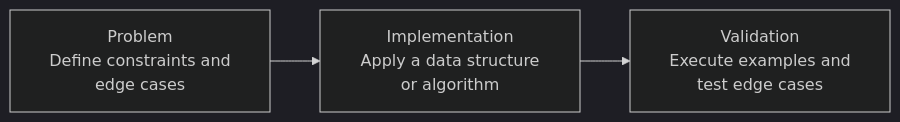
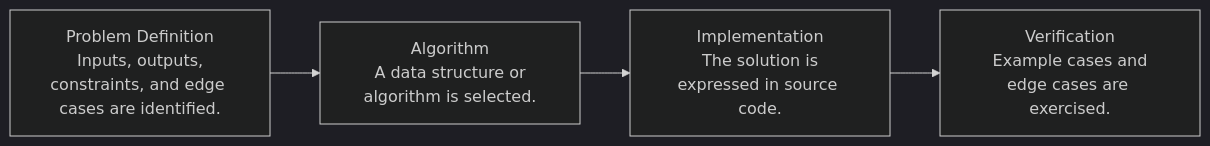
One commit to Kanishq10/Leetcode_POTD changed the diagram in README.md. Above: the diagram before and after it, drawn with Mermaid (dark theme). The commit also changed other lines of this file, not shown here.

````diff
--- a/README.md
+++ b/README.md
@@ -15,8 +24,10 @@
 ```mermaid
 flowchart LR
-    N0["Problem<br/> Define constraints and edge cases"]
-    N1["Implementation<br/> Apply a data structure or algorithm"]
+    N0["Problem Definition<br/> Inputs, outputs, constraints, and edge cases are identified."]
+    N1["Algorithm<br/> A data structure or algorithm is selected."]
+    N2["Implementation<br/> The solution is expressed in source code."]
+    N3["Verification<br/> Example cases and edge cases are exercised."]
     N0 --> N1
-    N2["Validation<br/> Execute examples and test edge cases"]
     N1 --> N2
+    N2 --> N3
 ```
````
